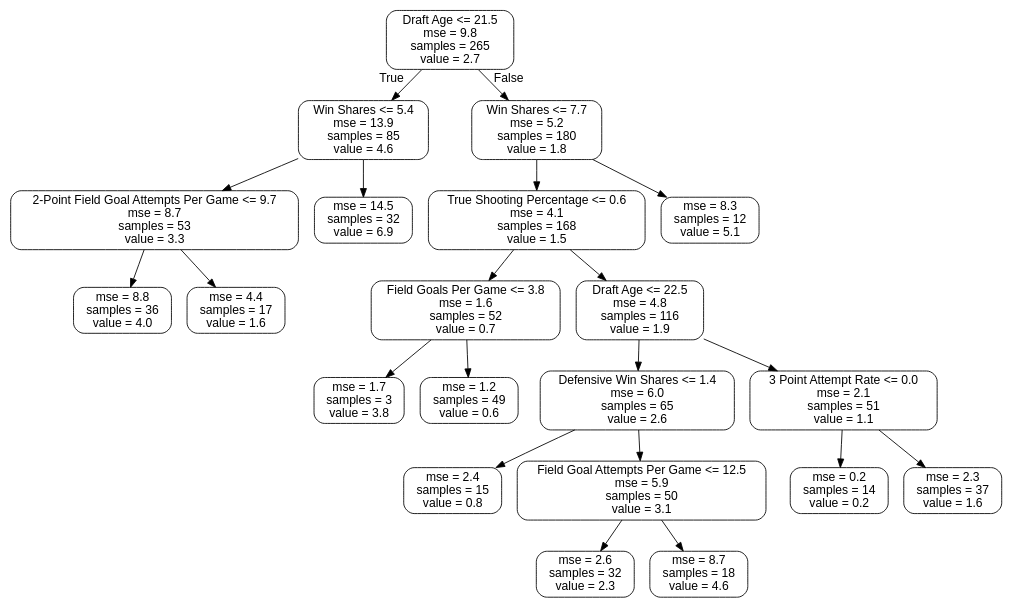
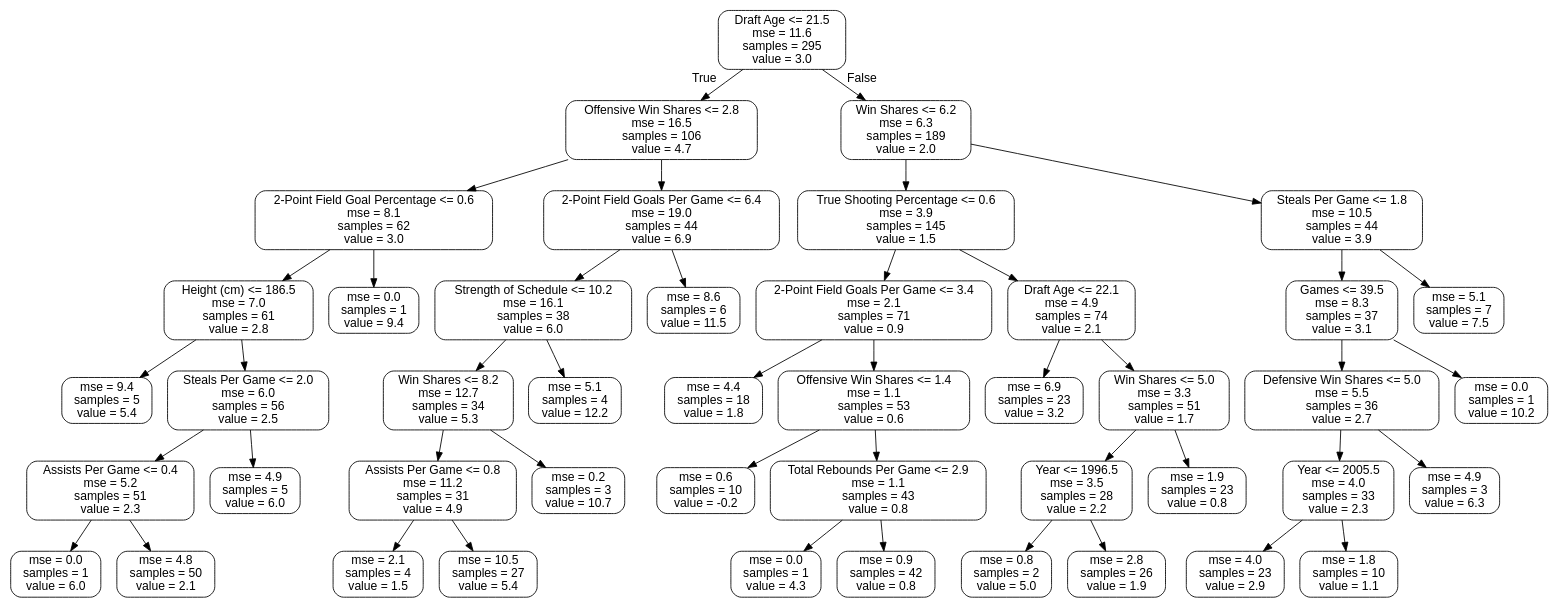
One commit to aagibbons/NBA_WS_ML changed the diagram in tree1.dot. Above: the diagram before and after it, drawn with Graphviz. The commit also changed 3 other files, not shown here.

```diff
--- a/tree1.dot
+++ b/tree1.dot
@@ -1,45 +1,93 @@
 digraph Tree {
 node [shape=box, style="rounded", color="black", fontname=helvetica] ;
 edge [fontname=helvetica] ;
-0 [label="Draft Age <= 21.5\nmse = 9.8\nsamples = 265\nvalue = 2.7"] ;
-1 [label="Win Shares <= 5.4\nmse = 13.9\nsamples = 85\nvalue = 4.6"] ;
+0 [label="Draft Age <= 21.5\nmse = 11.6\nsamples = 295\nvalue = 3.0"] ;
+1 [label="Offensive Win Shares <= 2.8\nmse = 16.5\nsamples = 106\nvalue = 4.7"] ;
 0 -> 1 [labeldistance=2.5, labelangle=45, headlabel="True"] ;
-2 [label="2-Point Field Goal Attempts Per Game <= 9.7\nmse = 8.7\nsamples = 53\nvalue = 3.3"] ;
+2 [label="2-Point Field Goal Percentage <= 0.6\nmse = 8.1\nsamples = 62\nvalue = 3.0"] ;
 1 -> 2 ;
-3 [label="mse = 8.8\nsamples = 36\nvalue = 4.0"] ;
+3 [label="Height (cm) <= 186.5\nmse = 7.0\nsamples = 61\nvalue = 2.8"] ;
 2 -> 3 ;
-4 [label="mse = 4.4\nsamples = 17\nvalue = 1.6"] ;
-2 -> 4 ;
-5 [label="mse = 14.5\nsamples = 32\nvalue = 6.9"] ;
-1 -> 5 ;
-6 [label="Win Shares <= 7.7\nmse = 5.2\nsamples = 180\nvalue = 1.8"] ;
-0 -> 6 [labeldistance=2.5, labelangle=-45, headlabel="False"] ;
-7 [label="True Shooting Percentage <= 0.6\nmse = 4.1\nsamples = 168\nvalue = 1.5"] ;
+4 [label="mse = 9.4\nsamples = 5\nvalue = 5.4"] ;
+3 -> 4 ;
+5 [label="Steals Per Game <= 2.0\nmse = 6.0\nsamples = 56\nvalue = 2.5"] ;
+3 -> 5 ;
+6 [label="Assists Per Game <= 0.4\nmse = 5.2\nsamples = 51\nvalue = 2.3"] ;
+5 -> 6 ;
+7 [label="mse = 0.0\nsamples = 1\nvalue = 6.0"] ;
 6 -> 7 ;
-8 [label="Field Goals Per Game <= 3.8\nmse = 1.6\nsamples = 52\nvalue = 0.7"] ;
-7 -> 8 ;
-9 [label="mse = 1.7\nsamples = 3\nvalue = 3.8"] ;
-8 -> 9 ;
-10 [label="mse = 1.2\nsamples = 49\nvalue = 0.6"] ;
-8 -> 10 ;
-11 [label="Draft Age <= 22.5\nmse = 4.8\nsamples = 116\nvalue = 1.9"] ;
-7 -> 11 ;
-12 [label="Defensive Win Shares <= 1.4\nmse = 6.0\nsamples = 65\nvalue = 2.6"] ;
+8 [label="mse = 4.8\nsamples = 50\nvalue = 2.1"] ;
+6 -> 8 ;
+9 [label="mse = 4.9\nsamples = 5\nvalue = 6.0"] ;
+5 -> 9 ;
+10 [label="mse = 0.0\nsamples = 1\nvalue = 9.4"] ;
+2 -> 10 ;
+11 [label="2-Point Field Goals Per Game <= 6.4\nmse = 19.0\nsamples = 44\nvalue = 6.9"] ;
+1 -> 11 ;
+12 [label="Strength of Schedule <= 10.2\nmse = 16.1\nsamples = 38\nvalue = 6.0"] ;
 11 -> 12 ;
-13 [label="mse = 2.4\nsamples = 15\nvalue = 0.8"] ;
+13 [label="Win Shares <= 8.2\nmse = 12.7\nsamples = 34\nvalue = 5.3"] ;
 12 -> 13 ;
-14 [label="Field Goal Attempts Per Game <= 12.5\nmse = 5.9\nsamples = 50\nvalue = 3.1"] ;
-12 -> 14 ;
-15 [label="mse = 2.6\nsamples = 32\nvalue = 2.3"] ;
+14 [label="Assists Per Game <= 0.8\nmse = 11.2\nsamples = 31\nvalue = 4.9"] ;
+13 -> 14 ;
+15 [label="mse = 2.1\nsamples = 4\nvalue = 1.5"] ;
 14 -> 15 ;
-16 [label="mse = 8.7\nsamples = 18\nvalue = 4.6"] ;
+16 [label="mse = 10.5\nsamples = 27\nvalue = 5.4"] ;
 14 -> 16 ;
-17 [label="3 Point Attempt Rate <= 0.0\nmse = 2.1\nsamples = 51\nvalue = 1.1"] ;
-11 -> 17 ;
-18 [label="mse = 0.2\nsamples = 14\nvalue = 0.2"] ;
-17 -> 18 ;
-19 [label="mse = 2.3\nsamples = 37\nvalue = 1.6"] ;
-17 -> 19 ;
-20 [label="mse = 8.3\nsamples = 12\nvalue = 5.1"] ;
-6 -> 20 ;
+17 [label="mse = 0.2\nsamples = 3\nvalue = 10.7"] ;
+13 -> 17 ;
+18 [label="mse = 5.1\nsamples = 4\nvalue = 12.2"] ;
+12 -> 18 ;
+19 [label="mse = 8.6\nsamples = 6\nvalue = 11.5"] ;
+11 -> 19 ;
+20 [label="Win Shares <= 6.2\nmse = 6.3\nsamples = 189\nvalue = 2.0"] ;
+0 -> 20 [labeldistance=2.5, labelangle=-45, headlabel="False"] ;
+21 [label="True Shooting Percentage <= 0.6\nmse = 3.9\nsamples = 145\nvalue = 1.5"] ;
+20 -> 21 ;
+22 [label="2-Point Field Goals Per Game <= 3.4\nmse = 2.1\nsamples = 71\nvalue = 0.9"] ;
+21 -> 22 ;
+23 [label="mse = 4.4\nsamples = 18\nvalue = 1.8"] ;
+22 -> 23 ;
+24 [label="Offensive Win Shares <= 1.4\nmse = 1.1\nsamples = 53\nvalue = 0.6"] ;
+22 -> 24 ;
+25 [label="mse = 0.6\nsamples = 10\nvalue = -0.2"] ;
+24 -> 25 ;
+26 [label="Total Rebounds Per Game <= 2.9\nmse = 1.1\nsamples = 43\nvalue = 0.8"] ;
+24 -> 26 ;
+27 [label="mse = 0.0\nsamples = 1\nvalue = 4.3"] ;
+26 -> 27 ;
+28 [label="mse = 0.9\nsamples = 42\nvalue = 0.8"] ;
+26 -> 28 ;
+29 [label="Draft Age <= 22.1\nmse = 4.9\nsamples = 74\nvalue = 2.1"] ;
+21 -> 29 ;
+30 [label="mse = 6.9\nsamples = 23\nvalue = 3.2"] ;
+29 -> 30 ;
+31 [label="Win Shares <= 5.0\nmse = 3.3\nsamples = 51\nvalue = 1.7"] ;
+29 -> 31 ;
+32 [label="Year <= 1996.5\nmse = 3.5\nsamples = 28\nvalue = 2.2"] ;
+31 -> 32 ;
+33 [label="mse = 0.8\nsamples = 2\nvalue = 5.0"] ;
+32 -> 33 ;
+34 [label="mse = 2.8\nsamples = 26\nvalue = 1.9"] ;
+32 -> 34 ;
+35 [label="mse = 1.9\nsamples = 23\nvalue = 0.8"] ;
+31 -> 35 ;
+36 [label="Steals Per Game <= 1.8\nmse = 10.5\nsamples = 44\nvalue = 3.9"] ;
+20 -> 36 ;
+37 [label="Games <= 39.5\nmse = 8.3\nsamples = 37\nvalue = 3.1"] ;
+36 -> 37 ;
+38 [label="Defensive Win Shares <= 5.0\nmse = 5.5\nsamples = 36\nvalue = 2.7"] ;
+37 -> 38 ;
+39 [label="Year <= 2005.5\nmse = 4.0\nsamples = 33\nvalue = 2.3"] ;
+38 -> 39 ;
+40 [label="mse = 4.0\nsamples = 23\nvalue = 2.9"] ;
+39 -> 40 ;
+41 [label="mse = 1.8\nsamples = 10\nvalue = 1.1"] ;
+39 -> 41 ;
+42 [label="mse = 4.9\nsamples = 3\nvalue = 6.3"] ;
+38 -> 42 ;
+43 [label="mse = 0.0\nsamples = 1\nvalue = 10.2"] ;
+37 -> 43 ;
+44 [label="mse = 5.1\nsamples = 7\nvalue = 7.5"] ;
+36 -> 44 ;
 }
```
